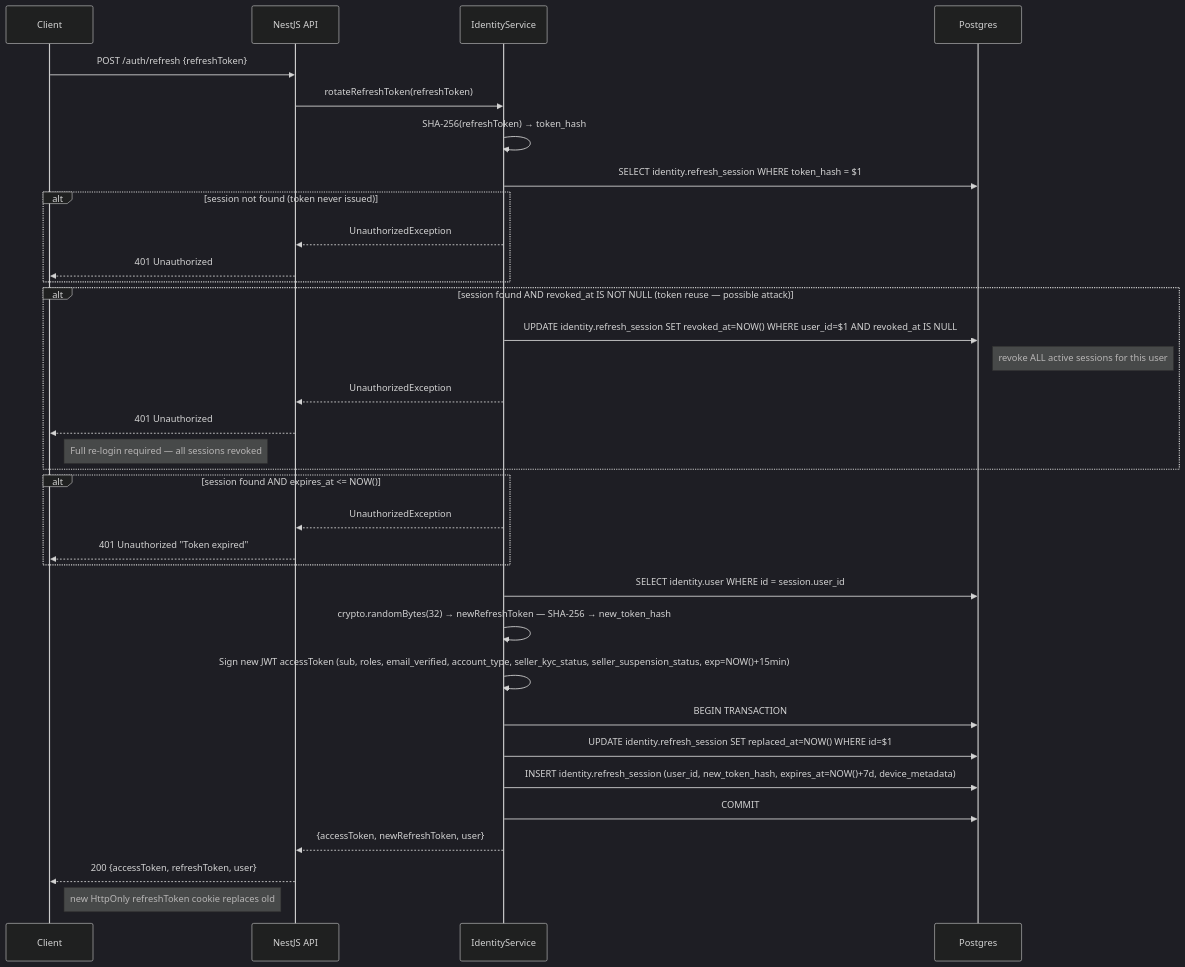
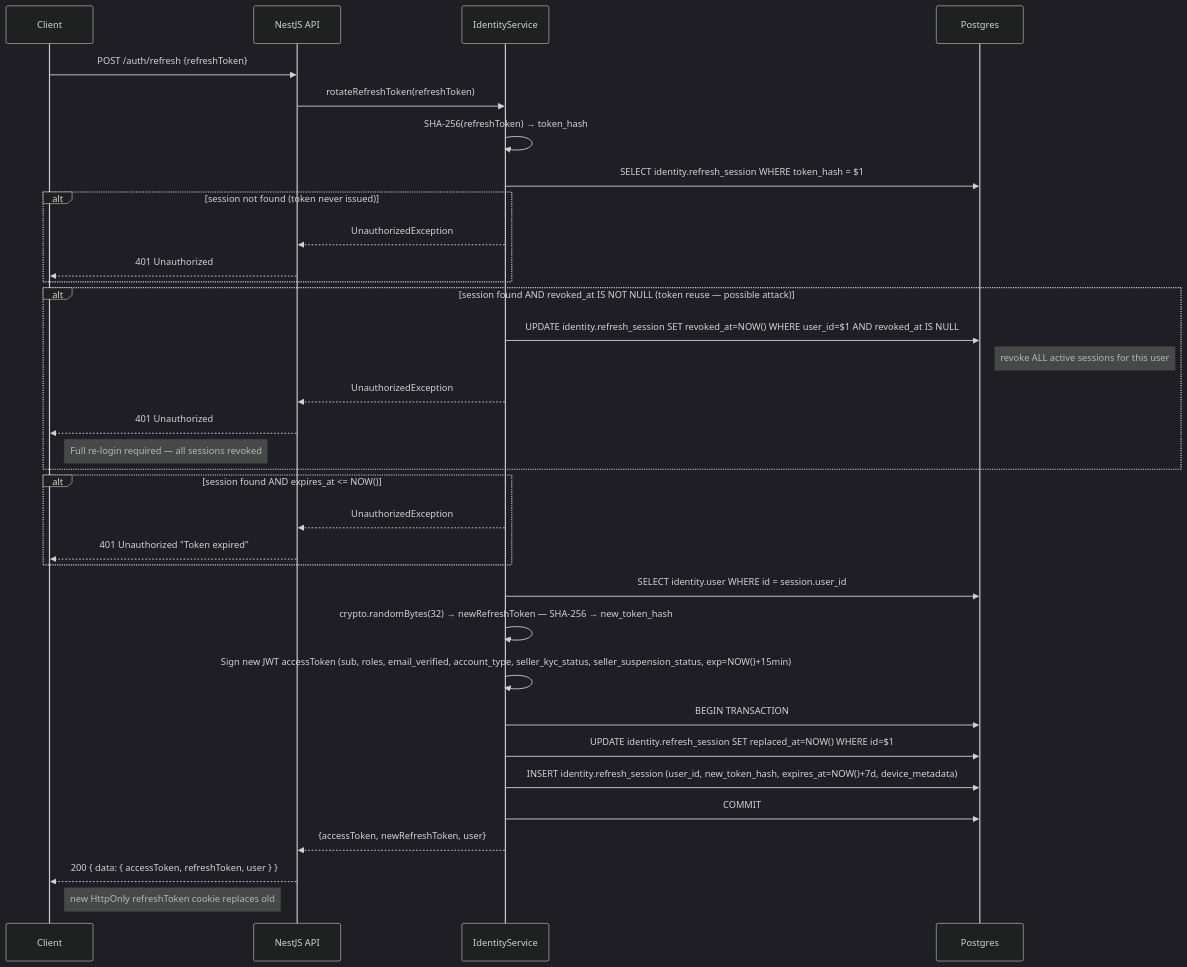
One commit to alisa-uthi/aliceut-ecom-document changed the third of 13 diagrams in phase-1/technical-design/api-design/auth.md. Above: the diagram before and after it, drawn with Mermaid (dark theme). The commit also changed other lines of this file and 22 other files, not shown here.

````diff
--- a/phase-1/technical-design/api-design/auth.md
+++ b/phase-1/technical-design/api-design/auth.md
@@ -227,44 +233,44 @@
 ```mermaid
 sequenceDiagram
     participant C as Client
     participant A as NestJS API
     participant IS as IdentityService
     participant PG as Postgres
 
     C->>A: POST /auth/refresh {refreshToken}
 
     A->>IS: rotateRefreshToken(refreshToken)
     IS->>IS: SHA-256(refreshToken) → token_hash
     IS->>PG: SELECT identity.refresh_session WHERE token_hash = $1
 
     alt session not found (token never issued)
         IS-->>A: UnauthorizedException
         A-->>C: 401 Unauthorized
     end
 
     alt session found AND revoked_at IS NOT NULL (token reuse — possible attack)
         IS->>PG: UPDATE identity.refresh_session SET revoked_at=NOW() WHERE user_id=$1 AND revoked_at IS NULL
         Note right of PG: revoke ALL active sessions for this user
         IS-->>A: UnauthorizedException
         A-->>C: 401 Unauthorized
         Note right of C: Full re-login required — all sessions revoked
     end
 
     alt session found AND expires_at <= NOW()
         IS-->>A: UnauthorizedException
         A-->>C: 401 Unauthorized "Token expired"
     end
 
     IS->>PG: SELECT identity.user WHERE id = session.user_id
     IS->>IS: crypto.randomBytes(32) → newRefreshToken — SHA-256 → new_token_hash
     IS->>IS: Sign new JWT accessToken (sub, roles, email_verified, account_type, seller_kyc_status, seller_suspension_status, exp=NOW()+15min)
 
     IS->>PG: BEGIN TRANSACTION
     IS->>PG: UPDATE identity.refresh_session SET replaced_at=NOW() WHERE id=$1
     IS->>PG: INSERT identity.refresh_session (user_id, new_token_hash, expires_at=NOW()+7d, device_metadata)
     IS->>PG: COMMIT
 
     IS-->>A: {accessToken, newRefreshToken, user}
-    A-->>C: 200 {accessToken, refreshToken, user}
+    A-->>C: 200 { data: { accessToken, refreshToken, user } }
     Note right of C: new HttpOnly refreshToken cookie replaces old
 ```
````
